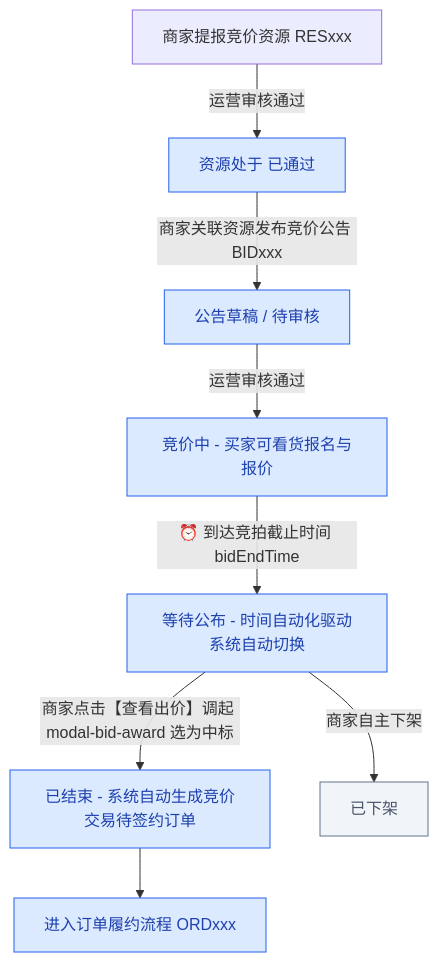
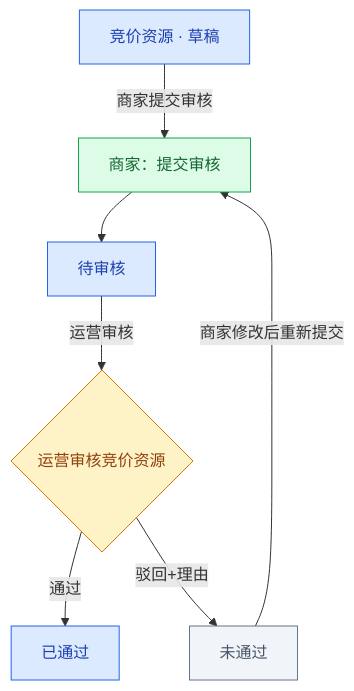
Before and after one commit to barry0-0/sahngliu: the fourth of 8 diagrams in Summary/字段表整理文档_完整版.md, drawn with Mermaid. The commit also changed other lines of this file and 11 other files, not shown here.

````diff
--- a/Summary/字段表整理文档_完整版.md
+++ b/Summary/字段表整理文档_完整版.md
@@ -416,15 +311,14 @@
 ```mermaid
 graph TB
-    A[商家提报竞价资源 RESxxx] -->|运营审核通过| B[资源处于 已通过]
-    B -->|商家关联资源发布竞价公告 BIDxxx| C[公告草稿 / 待审核]
-    C -->|运营审核通过| D[竞价中 - 买家可看货报名与报价]
-    D -->|⏰ 到达竞拍截止时间 bidEndTime| E[等待公布 - 时间自动化驱动系统自动切换]
-    E -->|商家点击【查看出价】调起 modal-bid-award 选为中标| F[已结束 - 系统自动生成竞价交易待签约订单]
-    E -->|商家自主下架| G[已下架]
-    F --> H[进入订单履约流程 ORDxxx]
+    A[竞价资源 · 草稿]:::state
+    A -->|商家提交审核| A1[商家：提交审核]:::btn
+    A1 --> B[待审核]:::state
+    B -->|运营审核| C{运营审核竞价资源}:::judge
+    C -->|通过| D[已通过]:::state
+    C -->|驳回+理由| E[未通过]:::endState
+    E -->|商家修改后重新提交| A1
     classDef state fill:#dbeafe,stroke:#2563eb,color:#1e40af
+    classDef btn fill:#dcfce7,stroke:#16a34a,color:#166534
     classDef judge fill:#fef3c7,stroke:#d97706,color:#92400e
     classDef endState fill:#f1f5f9,stroke:#64748b,color:#475569
-    class B,C,D,E,F,H state
-    class G endState
 ```
````
